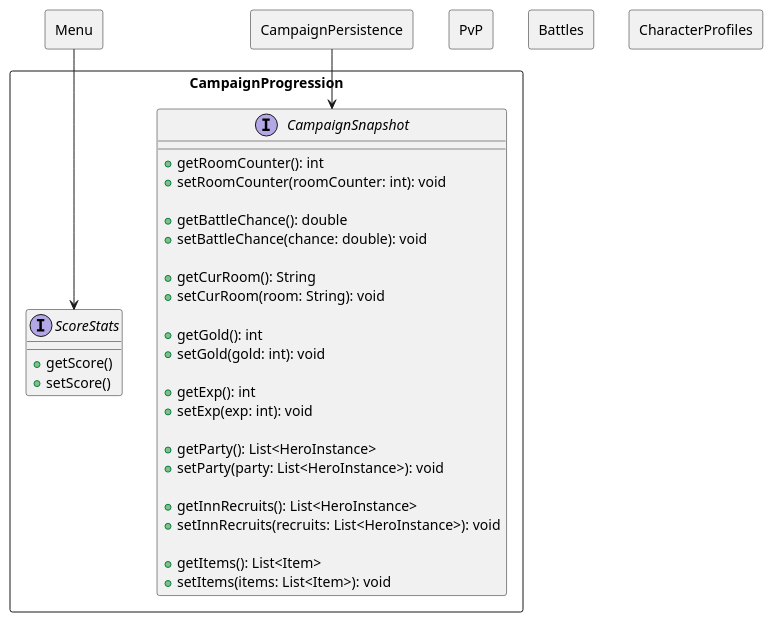
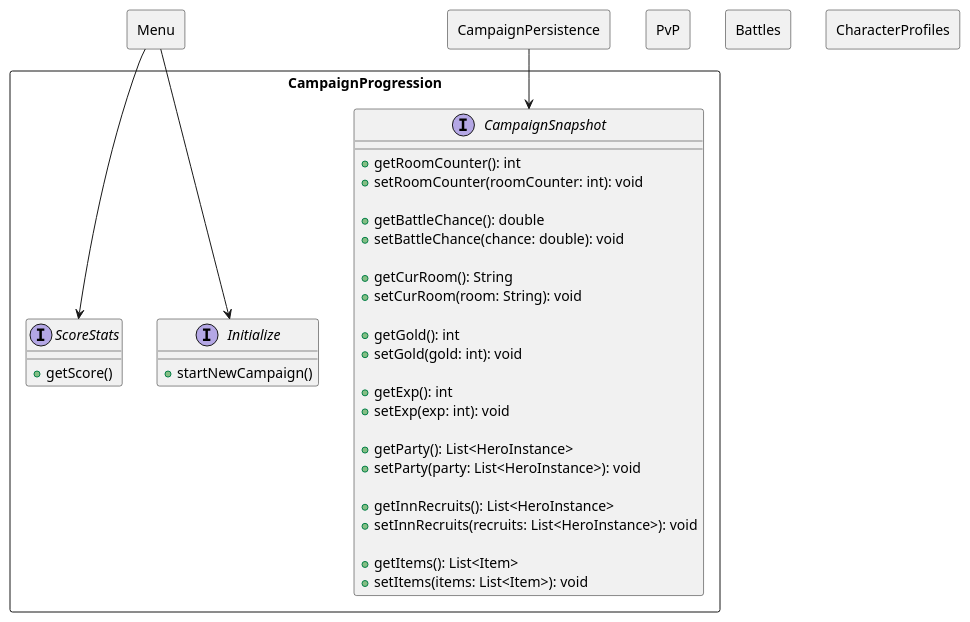
The diagram in rpg-legends/shared/docs/uml/system/system.puml (JosefG50/2203-Legends-of-Sword-and-Wand), drawn with PlantUML before and after one commit.

Commit message:
[feat] added method for intialize

```diff
--- a/rpg-legends/shared/docs/uml/system/system.puml
+++ b/rpg-legends/shared/docs/uml/system/system.puml
@@ -1,63 +1,67 @@
 @startuml Campaign-Progress
 '===============================
 ' Generic Component Diagram Template
 ' Components are named A, B, C, etc.
 ' Use this as a starting point for your own system
 '===============================
 
 ' Skin params for readability
 skinparam componentStyle rectangle
 skinparam shadowing false
 component Menu{
 
 }
 component PvP{
 
 }
 
 component Battles{
 
 }
 component CampaignPersistence{
 
 }
 component CampaignProgression{
     interface CampaignSnapshot {
         + getRoomCounter(): int
         + setRoomCounter(roomCounter: int): void
 
         + getBattleChance(): double
         + setBattleChance(chance: double): void
 
         + getCurRoom(): String
         + setCurRoom(room: String): void
 
         + getGold(): int
         + setGold(gold: int): void
 
         + getExp(): int
         + setExp(exp: int): void
 
         + getParty(): List<HeroInstance>
         + setParty(party: List<HeroInstance>): void
 
         + getInnRecruits(): List<HeroInstance>
         + setInnRecruits(recruits: List<HeroInstance>): void
 
         + getItems(): List<Item>
         + setItems(items: List<Item>): void
     }
 
+    interface Initialize{
+        + startNewCampaign()
+    }
     interface ScoreStats{
         + getScore()
-        + setScore()
     }
 
 }
 
 component CharacterProfiles{
 
 }
+Menu --> Initialize
 Menu --> ScoreStats
+
 CampaignPersistence --> CampaignSnapshot
 @enduml
```
